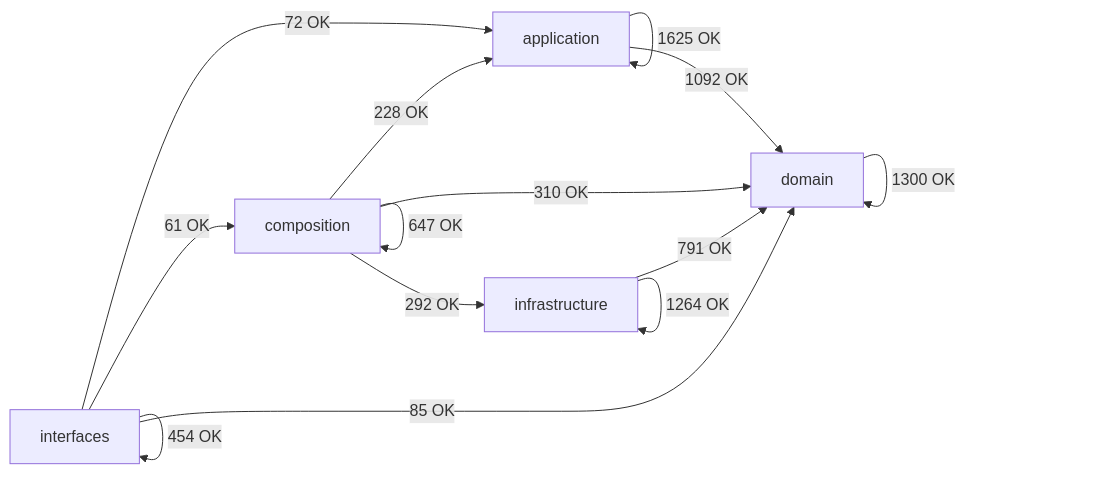
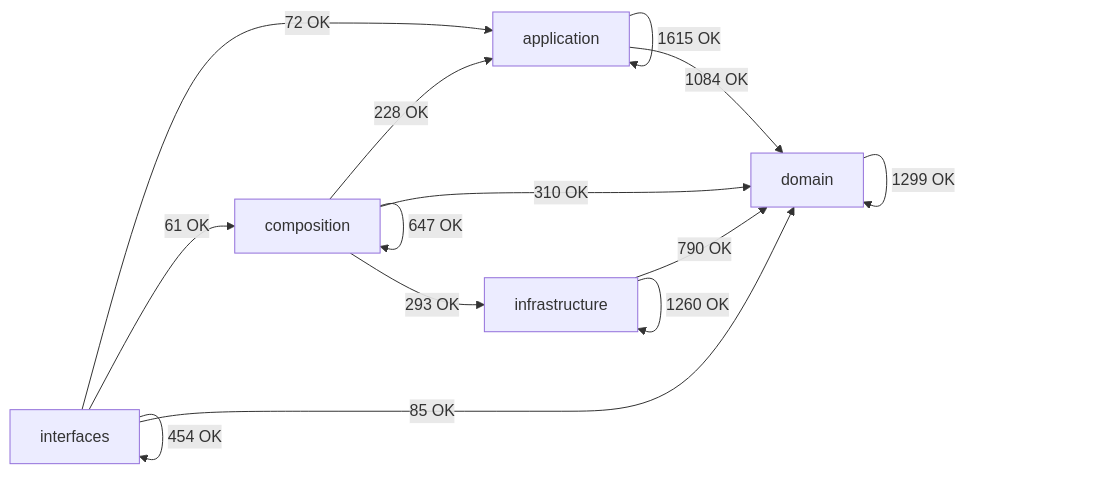
Before and after one commit to SatoryKono/BioactivityDataAcquisition: the diagram in docs/02-architecture/generated/module-dependency-map.md, drawn with Mermaid. The commit also changed other lines of this file and 316 other files, not shown here.

````diff
--- a/docs/02-architecture/generated/module-dependency-map.md
+++ b/docs/02-architecture/generated/module-dependency-map.md
@@ -17,21 +17,21 @@
 ```mermaid
 flowchart LR
     domain[domain]
     application[application]
     infrastructure[infrastructure]
     composition[composition]
     interfaces[interfaces]
-    application -->|1625 OK| application
-    application -->|1092 OK| domain
+    application -->|1615 OK| application
+    application -->|1084 OK| domain
     composition -->|228 OK| application
     composition -->|647 OK| composition
     composition -->|310 OK| domain
-    composition -->|292 OK| infrastructure
-    domain -->|1300 OK| domain
-    infrastructure -->|791 OK| domain
-    infrastructure -->|1264 OK| infrastructure
+    composition -->|293 OK| infrastructure
+    domain -->|1299 OK| domain
+    infrastructure -->|790 OK| domain
+    infrastructure -->|1260 OK| infrastructure
     interfaces -->|72 OK| application
     interfaces -->|61 OK| composition
     interfaces -->|85 OK| domain
     interfaces -->|454 OK| interfaces
 ```
````
